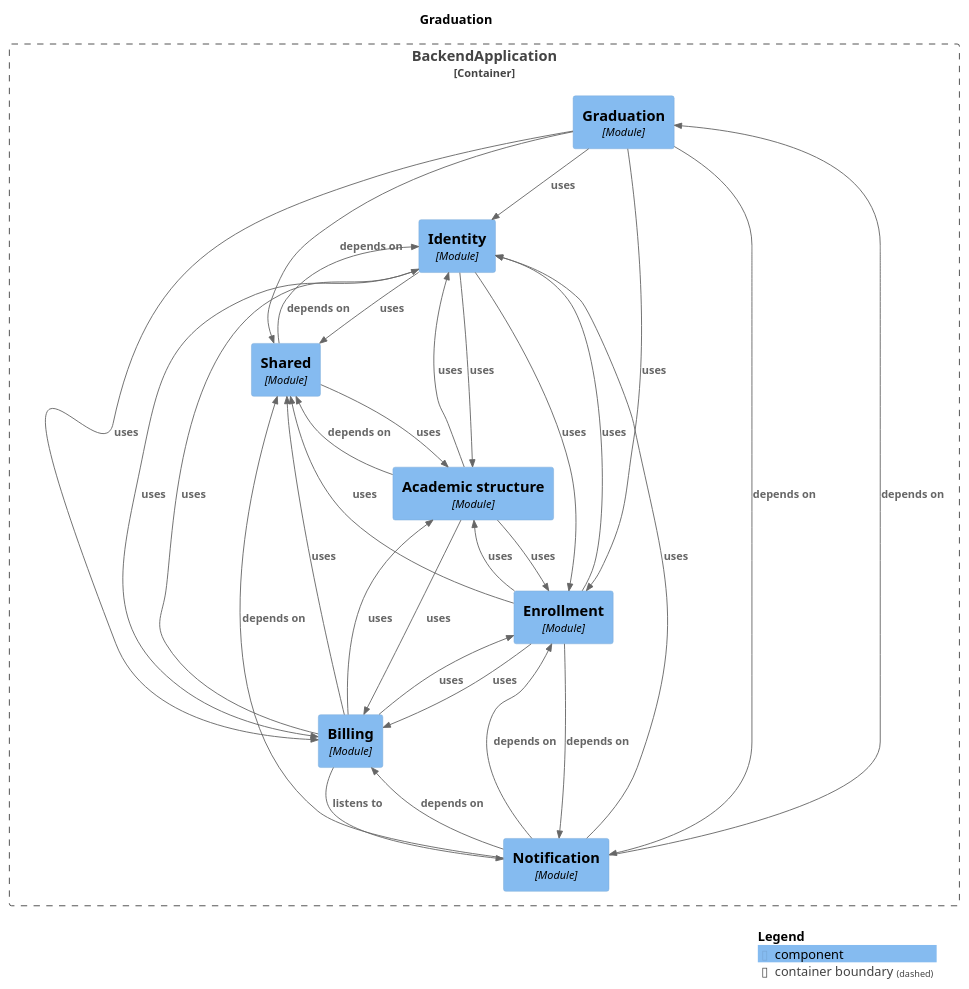
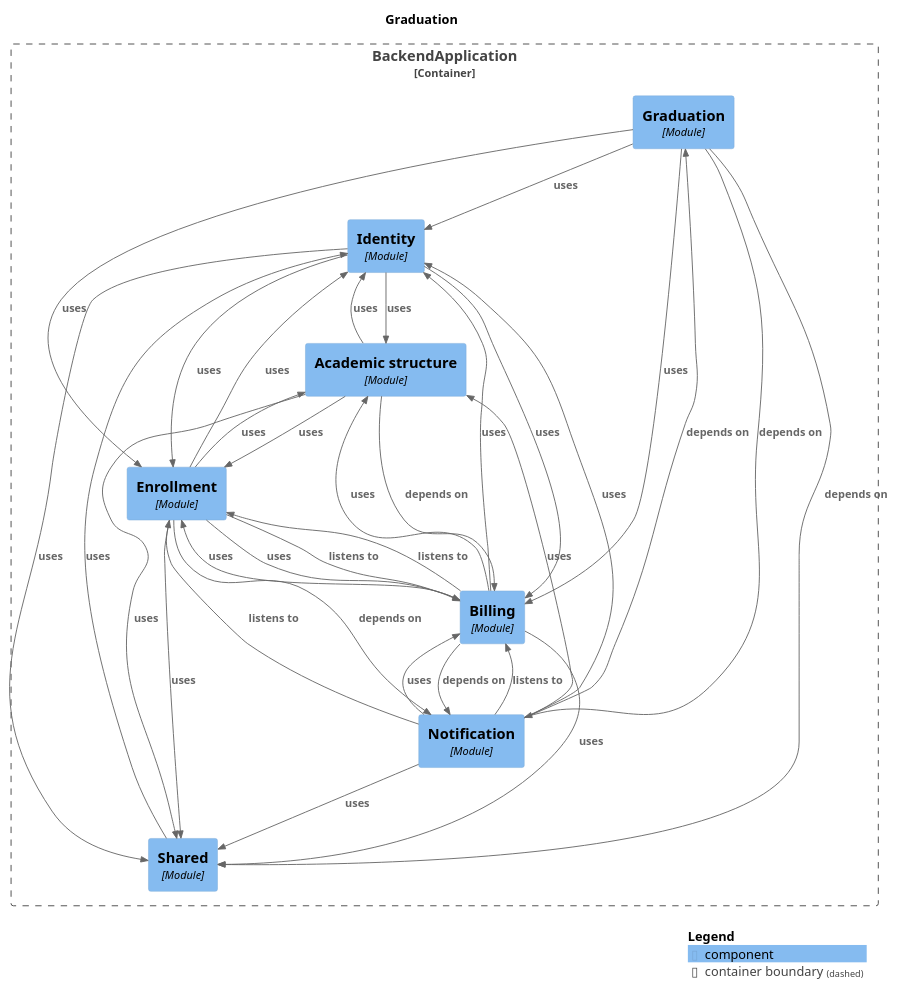
Before and after one commit to Gabriel030/agustina-bermejo-app: the diagram in docs/architecture/module-graduation.puml, drawn with PlantUML. The commit also changed 21 other files, not shown here.

Commit message:
docs(architecture): regenera diagramas Modulith (M3a, billing v2) y corrige comando en README

```diff
--- a/docs/architecture/module-graduation.puml
+++ b/docs/architecture/module-graduation.puml
@@ -1,53 +1,56 @@
 @startuml
 set separator none
 title Graduation
 
 top to bottom direction
 
 !include <C4/C4>
 !include <C4/C4_Context>
 !include <C4/C4_Component>
 
 Container_Boundary("BackendApplication.BackendApplication_boundary", "BackendApplication", $tags="") {
   Component(BackendApplication.BackendApplication.Graduation, "Graduation", $techn="Module", $descr="", $tags="", $link="")
   Component(BackendApplication.BackendApplication.Identity, "Identity", $techn="Module", $descr="", $tags="", $link="")
   Component(BackendApplication.BackendApplication.Notification, "Notification", $techn="Module", $descr="", $tags="", $link="")
   Component(BackendApplication.BackendApplication.Shared, "Shared", $techn="Module", $descr="", $tags="", $link="")
   Component(BackendApplication.BackendApplication.Academicstructure, "Academic structure", $techn="Module", $descr="", $tags="", $link="")
   Component(BackendApplication.BackendApplication.Billing, "Billing", $techn="Module", $descr="", $tags="", $link="")
   Component(BackendApplication.BackendApplication.Enrollment, "Enrollment", $techn="Module", $descr="", $tags="", $link="")
 }
 
-Rel(BackendApplication.BackendApplication.Academicstructure, BackendApplication.BackendApplication.Billing, "uses", $techn="", $tags="", $link="")
+Rel(BackendApplication.BackendApplication.Academicstructure, BackendApplication.BackendApplication.Billing, "depends on", $techn="", $tags="", $link="")
 Rel(BackendApplication.BackendApplication.Academicstructure, BackendApplication.BackendApplication.Enrollment, "uses", $techn="", $tags="", $link="")
 Rel(BackendApplication.BackendApplication.Academicstructure, BackendApplication.BackendApplication.Identity, "uses", $techn="", $tags="", $link="")
-Rel(BackendApplication.BackendApplication.Academicstructure, BackendApplication.BackendApplication.Shared, "depends on", $techn="", $tags="", $link="")
+Rel(BackendApplication.BackendApplication.Academicstructure, BackendApplication.BackendApplication.Shared, "uses", $techn="", $tags="", $link="")
 Rel(BackendApplication.BackendApplication.Billing, BackendApplication.BackendApplication.Academicstructure, "uses", $techn="", $tags="", $link="")
+Rel(BackendApplication.BackendApplication.Billing, BackendApplication.BackendApplication.Enrollment, "listens to", $techn="", $tags="", $link="")
 Rel(BackendApplication.BackendApplication.Billing, BackendApplication.BackendApplication.Enrollment, "uses", $techn="", $tags="", $link="")
 Rel(BackendApplication.BackendApplication.Billing, BackendApplication.BackendApplication.Identity, "uses", $techn="", $tags="", $link="")
-Rel(BackendApplication.BackendApplication.Billing, BackendApplication.BackendApplication.Notification, "listens to", $techn="", $tags="", $link="")
+Rel(BackendApplication.BackendApplication.Billing, BackendApplication.BackendApplication.Notification, "depends on", $techn="", $tags="", $link="")
 Rel(BackendApplication.BackendApplication.Billing, BackendApplication.BackendApplication.Shared, "uses", $techn="", $tags="", $link="")
 Rel(BackendApplication.BackendApplication.Enrollment, BackendApplication.BackendApplication.Academicstructure, "uses", $techn="", $tags="", $link="")
+Rel(BackendApplication.BackendApplication.Enrollment, BackendApplication.BackendApplication.Billing, "listens to", $techn="", $tags="", $link="")
 Rel(BackendApplication.BackendApplication.Enrollment, BackendApplication.BackendApplication.Billing, "uses", $techn="", $tags="", $link="")
 Rel(BackendApplication.BackendApplication.Enrollment, BackendApplication.BackendApplication.Identity, "uses", $techn="", $tags="", $link="")
 Rel(BackendApplication.BackendApplication.Enrollment, BackendApplication.BackendApplication.Notification, "depends on", $techn="", $tags="", $link="")
 Rel(BackendApplication.BackendApplication.Enrollment, BackendApplication.BackendApplication.Shared, "uses", $techn="", $tags="", $link="")
 Rel(BackendApplication.BackendApplication.Graduation, BackendApplication.BackendApplication.Billing, "uses", $techn="", $tags="", $link="")
 Rel(BackendApplication.BackendApplication.Graduation, BackendApplication.BackendApplication.Enrollment, "uses", $techn="", $tags="", $link="")
 Rel(BackendApplication.BackendApplication.Graduation, BackendApplication.BackendApplication.Identity, "uses", $techn="", $tags="", $link="")
 Rel(BackendApplication.BackendApplication.Graduation, BackendApplication.BackendApplication.Notification, "depends on", $techn="", $tags="", $link="")
 Rel(BackendApplication.BackendApplication.Graduation, BackendApplication.BackendApplication.Shared, "depends on", $techn="", $tags="", $link="")
 Rel(BackendApplication.BackendApplication.Identity, BackendApplication.BackendApplication.Academicstructure, "uses", $techn="", $tags="", $link="")
 Rel(BackendApplication.BackendApplication.Identity, BackendApplication.BackendApplication.Billing, "uses", $techn="", $tags="", $link="")
 Rel(BackendApplication.BackendApplication.Identity, BackendApplication.BackendApplication.Enrollment, "uses", $techn="", $tags="", $link="")
 Rel(BackendApplication.BackendApplication.Identity, BackendApplication.BackendApplication.Shared, "uses", $techn="", $tags="", $link="")
-Rel(BackendApplication.BackendApplication.Notification, BackendApplication.BackendApplication.Billing, "depends on", $techn="", $tags="", $link="")
-Rel(BackendApplication.BackendApplication.Notification, BackendApplication.BackendApplication.Enrollment, "depends on", $techn="", $tags="", $link="")
+Rel(BackendApplication.BackendApplication.Notification, BackendApplication.BackendApplication.Academicstructure, "uses", $techn="", $tags="", $link="")
+Rel(BackendApplication.BackendApplication.Notification, BackendApplication.BackendApplication.Billing, "listens to", $techn="", $tags="", $link="")
+Rel(BackendApplication.BackendApplication.Notification, BackendApplication.BackendApplication.Billing, "uses", $techn="", $tags="", $link="")
+Rel(BackendApplication.BackendApplication.Notification, BackendApplication.BackendApplication.Enrollment, "listens to", $techn="", $tags="", $link="")
 Rel(BackendApplication.BackendApplication.Notification, BackendApplication.BackendApplication.Graduation, "depends on", $techn="", $tags="", $link="")
 Rel(BackendApplication.BackendApplication.Notification, BackendApplication.BackendApplication.Identity, "uses", $techn="", $tags="", $link="")
-Rel(BackendApplication.BackendApplication.Notification, BackendApplication.BackendApplication.Shared, "depends on", $techn="", $tags="", $link="")
-Rel(BackendApplication.BackendApplication.Shared, BackendApplication.BackendApplication.Academicstructure, "uses", $techn="", $tags="", $link="")
-Rel(BackendApplication.BackendApplication.Shared, BackendApplication.BackendApplication.Identity, "depends on", $techn="", $tags="", $link="")
+Rel(BackendApplication.BackendApplication.Notification, BackendApplication.BackendApplication.Shared, "uses", $techn="", $tags="", $link="")
+Rel(BackendApplication.BackendApplication.Shared, BackendApplication.BackendApplication.Identity, "uses", $techn="", $tags="", $link="")
 
 SHOW_LEGEND(true)
 @enduml
```
